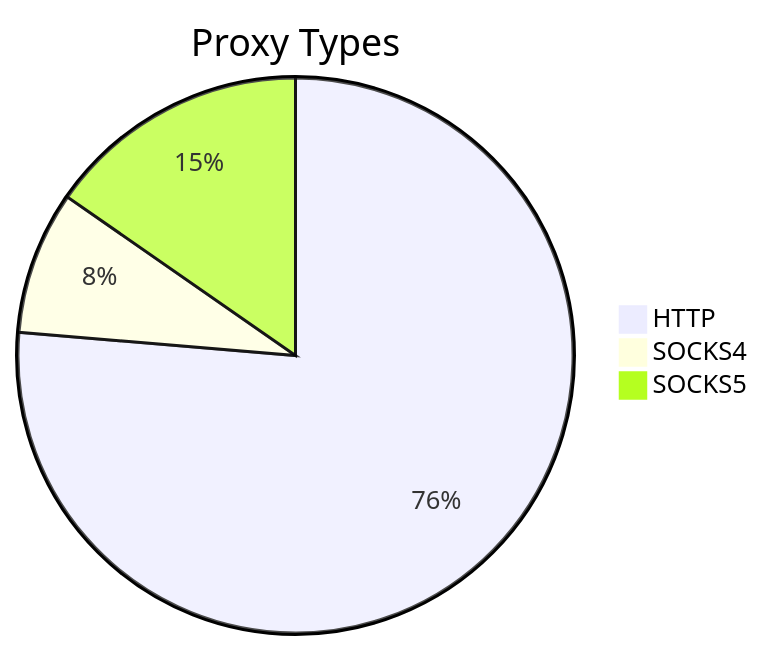
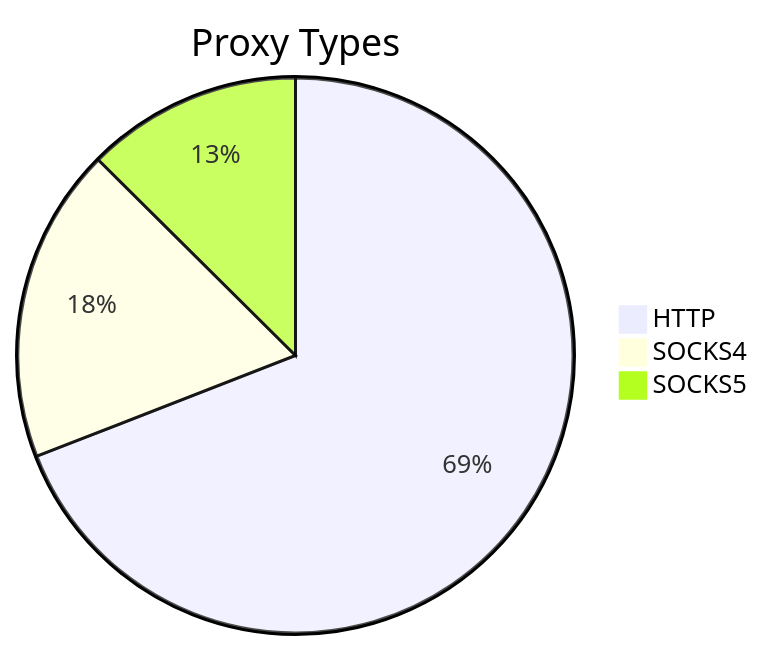
One commit to stormsia/proxy-list changed the first of 2 diagrams in README.md. Above: the diagram before and after it, drawn with Mermaid. The commit also changed other lines of this file, not shown here.

````diff
--- a/README.md
+++ b/README.md
@@ -21,6 +21,6 @@
 ```mermaid
 pie title Proxy Types
-    "HTTP" : 229
-    "SOCKS4" : 25
-    "SOCKS5" : 46
+    "HTTP" : 418
+    "SOCKS4" : 111
+    "SOCKS5" : 76
 ```
````
